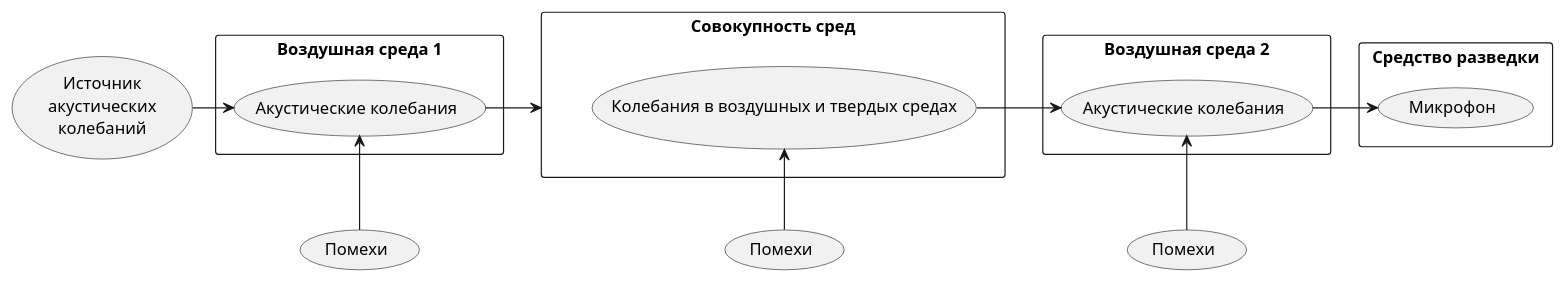
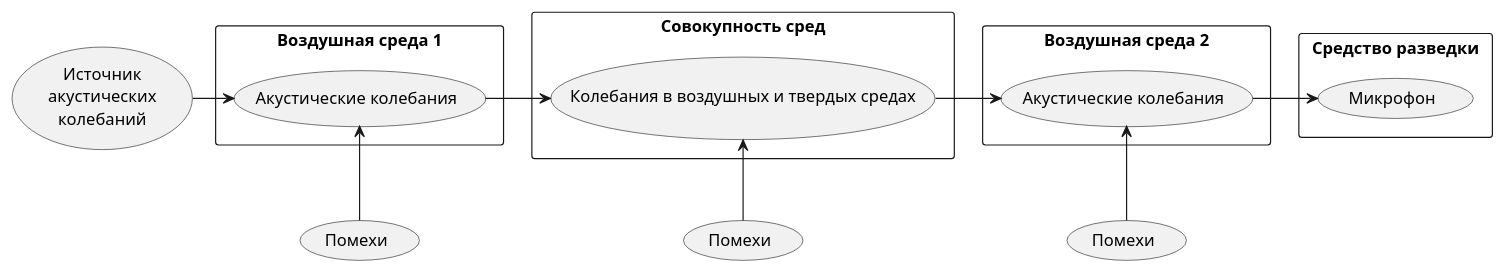
The diagram in Заметки/ТКУИ за счет перехвата акустических сигналов микрофонами.md (almkuznetsov/bmstu-kb), drawn with PlantUML before and after one commit. The commit also changed 10 other files, not shown here.

````diff
--- a/Заметки/ТКУИ за счет перехвата акустических сигналов микрофонами.md
+++ b/Заметки/ТКУИ за счет перехвата акустических сигналов микрофонами.md
@@ -10,27 +10,27 @@
 ```plantuml
 @startuml
-usecase "Источник\nакустических\nколебаний" as SOURCE
+usecase "Источник\nакустических\nколебаний" as Istochnik
 rectangle "Воздушная среда 1" {
-usecase "Акустические колебания" as AKUSTKOLEB1
-	SOURCE -right-> AKUSTKOLEB1
+usecase "Акустические колебания" as AkustKoleb1
+	Istochnik -right-> AkustKoleb1
 }
-rectangle "Совокупность сред" as CC {
-	usecase "Колебания в воздушных и твердых средах" as KOLEB
-	AKUSTKOLEB1 -right-> CC
+rectangle "Совокупность сред" {
+	usecase "Колебания в воздушных и твердых средах" as Koleb
+	AkustKoleb1 -right-> Koleb
 }
 rectangle "Воздушная среда 2" {
-usecase "Акустические колебания" as AKUSTKOLEB2
-	KOLEB -right-> AKUSTKOLEB2
+usecase "Акустические колебания" as AkustKoleb2
+	Koleb -right-> AkustKoleb2
 }
 rectangle "Средство разведки" {
 	usecase "Микрофон" as TSR
-	AKUSTKOLEB2 -right-> TSR
+	AkustKoleb2 -right-> TSR
 }
-usecase "Помехи" as POMEHI1
-POMEHI1 -up-> AKUSTKOLEB1
-usecase "Помехи" as POMEHI2
-POMEHI2 -up-> KOLEB
-usecase "Помехи" as POMEHI3
-POMEHI3 -up-> AKUSTKOLEB2
+usecase "Помехи" as Pomehi1
+Pomehi1 -up-> AkustKoleb1
+usecase "Помехи" as Pomehi2
+Pomehi2 -up-> Koleb
+usecase "Помехи" as Pomehi3
+Pomehi3 -up-> AkustKoleb2
 @enduml
 ```
````
